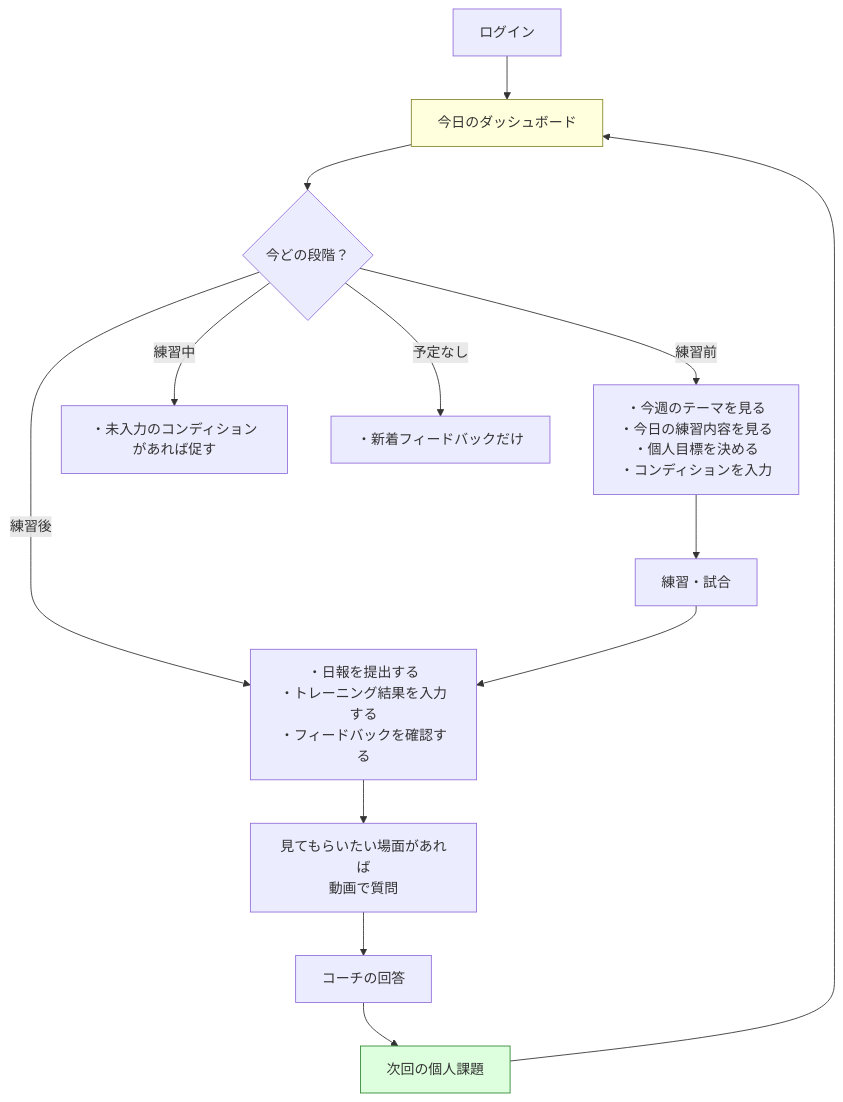
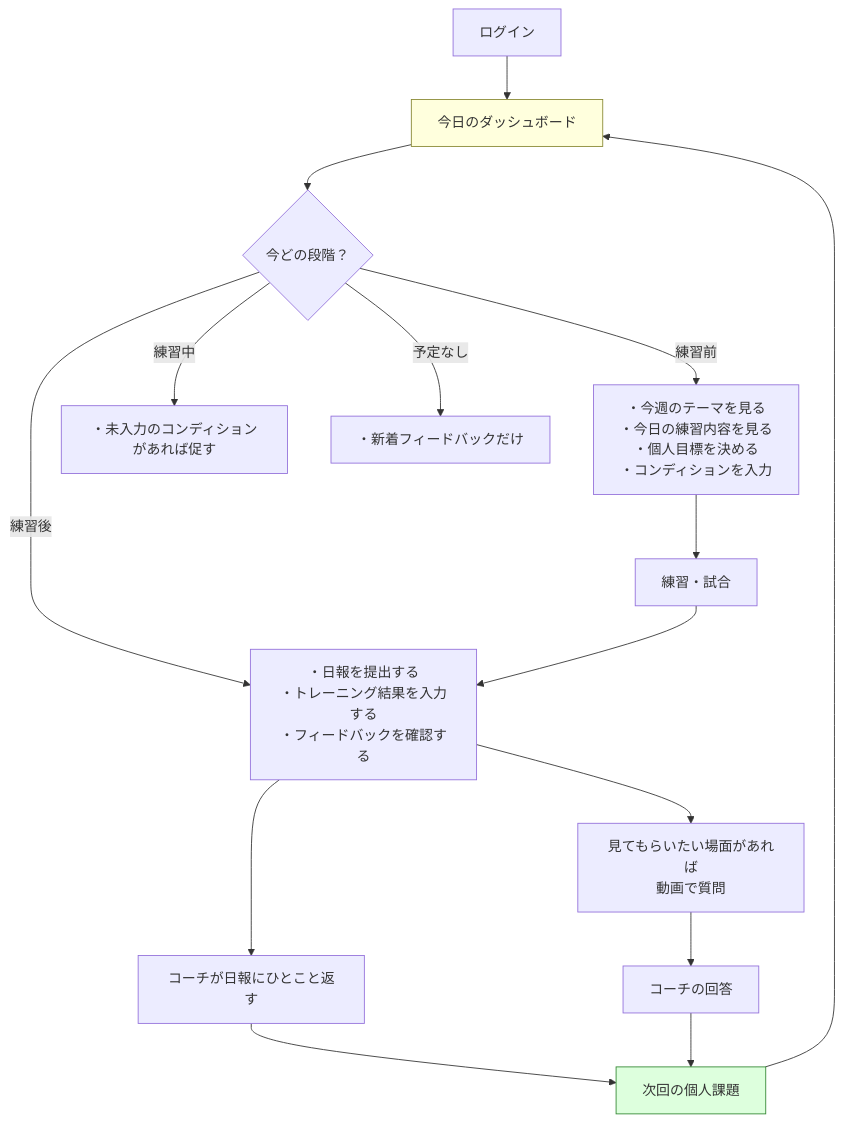
One commit to obertbt/keio-hockey-hub changed the second of 9 diagrams in docs/workflows.md. Above: the diagram before and after it, drawn with Mermaid. The commit also changed other lines of this file and 19 other files, not shown here.

````diff
--- a/docs/workflows.md
+++ b/docs/workflows.md
@@ -38,20 +38,22 @@
 ```mermaid
 flowchart TD
   login["ログイン"] --> today["今日のダッシュボード"]
   today --> phase{"今どの段階？"}
 
   phase -->|"練習前"| before["・今週のテーマを見る<br/>・今日の練習内容を見る<br/>・個人目標を決める<br/>・コンディションを入力"]
   phase -->|"練習中"| during["・未入力のコンディションがあれば促す"]
   phase -->|"練習後"| after["・日報を提出する<br/>・トレーニング結果を入力する<br/>・フィードバックを確認する"]
   phase -->|"予定なし"| none["・新着フィードバックだけ"]
 
   before --> practice["練習・試合"]
   practice --> after
+  after --> comment["コーチが日報にひとこと返す"]
   after --> question["見てもらいたい場面があれば<br/>動画で質問"]
   question --> feedback["コーチの回答"]
-  feedback --> next["次回の個人課題"]
+  comment --> next["次回の個人課題"]
+  feedback --> next
   next --> today
 
   style today fill:#ffd,stroke:#883
   style next fill:#dfd,stroke:#383
 ```
````
